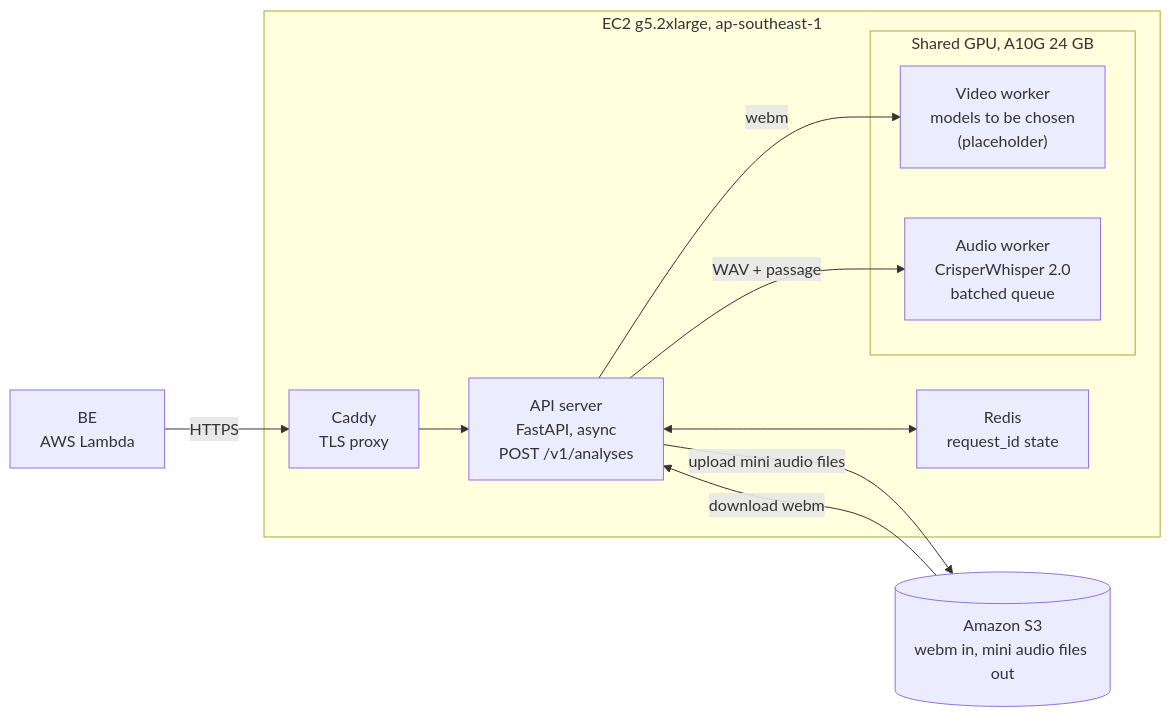
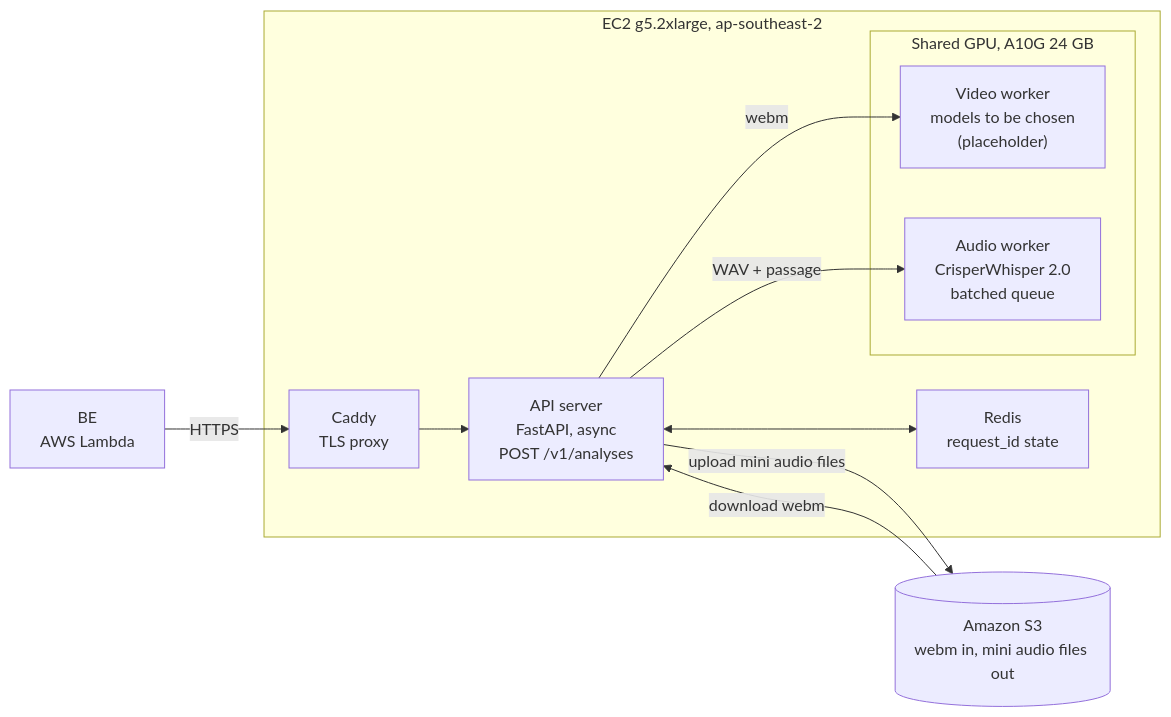
One commit to readright-se-sp/readright-ai changed the diagram in docs/deployment-architecture.md. Above: the diagram before and after it, drawn with Mermaid. The commit also changed other lines of this file and 19 other files, not shown here.

````diff
--- a/docs/deployment-architecture.md
+++ b/docs/deployment-architecture.md
@@ -39,17 +39,17 @@
 ```mermaid
 flowchart LR
   BE["BE<br/>AWS Lambda"] -->|HTTPS| Caddy
-  subgraph EC2["EC2 g5.2xlarge, ap-southeast-1"]
+  subgraph EC2["EC2 g5.2xlarge, ap-southeast-2"]
     Caddy["Caddy<br/>TLS proxy"] --> API["API server<br/>FastAPI, async<br/>POST /v1/analyses"]
     API <--> Redis["Redis<br/>request_id state"]
     subgraph GPU["Shared GPU, A10G 24 GB"]
       Video["Video worker<br/>models to be chosen<br/>(placeholder)"]
       Audio["Audio worker<br/>CrisperWhisper 2.0<br/>batched queue"]
     end
     API -->|webm| Video
     API -->|WAV + passage| Audio
   end
   S3[("Amazon S3<br/>webm in, mini audio files out")]
   S3 -->|download webm| API
   API -->|upload mini audio files| S3
 ```
````
